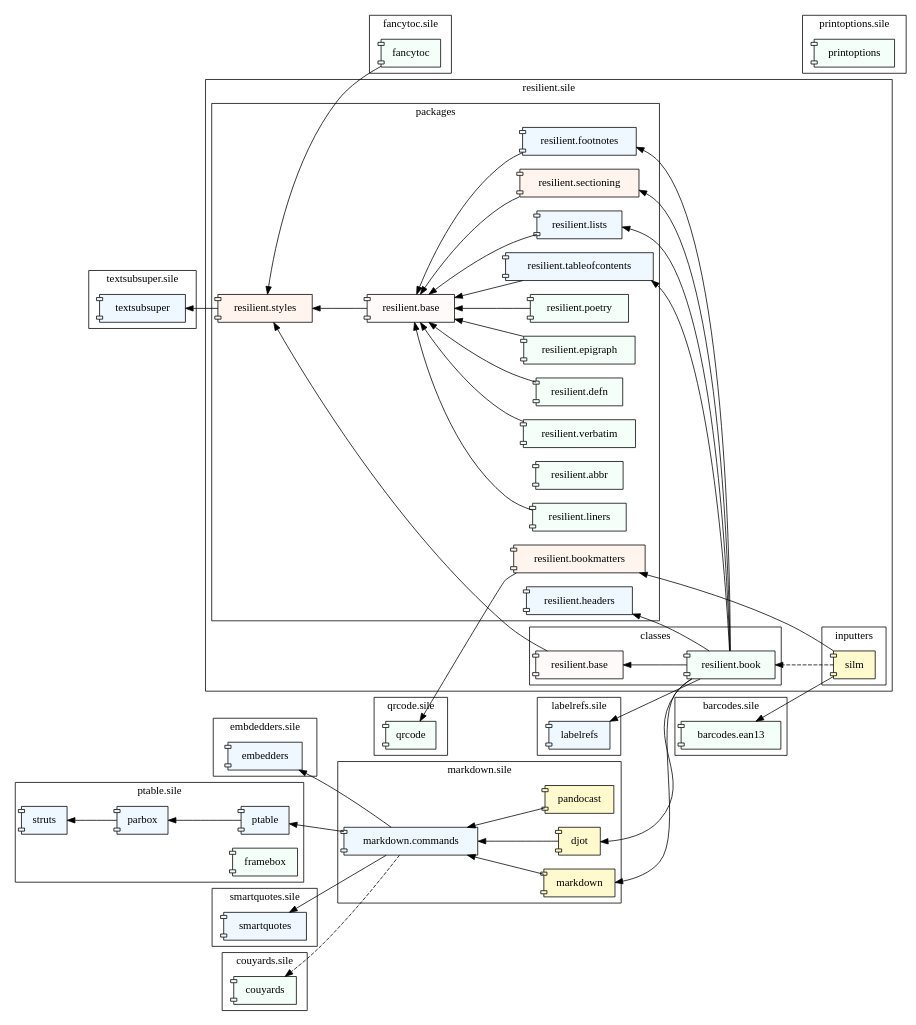
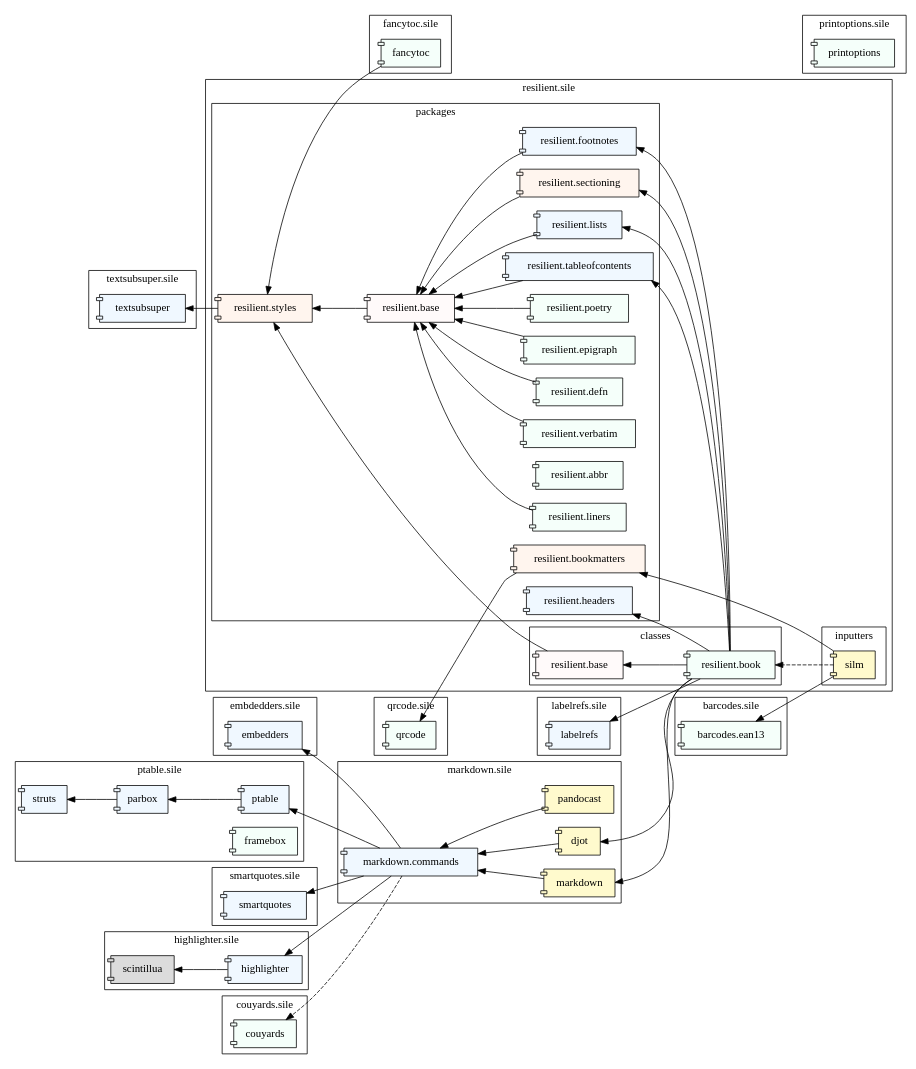
The diagram in examples/resilient-ecosystem.dot (Omikhleia/resilient.sile), drawn with Graphviz before and after one commit.

Commit message:
docs: Add highlighter.sile to the resilient ecosystem diagram

```diff
--- a/examples/resilient-ecosystem.dot
+++ b/examples/resilient-ecosystem.dot
@@ -1,156 +1,166 @@
 digraph omikhleia {
   rankdir=RL;
 
   subgraph cluster_embedders {
     label = "embdedders.sile";
 
     embedders [shape=component,style=filled,fillcolor=aliceblue]
   }
 
   subgraph cluster_ptable {
     label = "ptable.sile";
 
     ptable [shape=component,style=filled,fillcolor=aliceblue]
     parbox [shape=component,style=filled,fillcolor=aliceblue]
     struts [shape=component,style=filled,fillcolor=aliceblue]
 
     framebox [shape=component,style=filled,fillcolor=mintcream]
 
     ptable -> parbox
     parbox -> struts
   }
 
   subgraph cluster_textsubsuper {
     label = "textsubsuper.sile";
 
     textsubsuper [shape=component,style=filled,fillcolor=aliceblue]
   }
   subgraph cluster_qrcode {
     label = "qrcode.sile";
 
     qrcode [shape=component,style=filled,fillcolor=mintcream]
   }
 
   subgraph cluster_labelrefs {
     label = "labelrefs.sile";
 
     labelrefs [shape=component,style=filled,fillcolor=aliceblue]
   }
 
   subgraph cluster_resilient {
     label = "resilient.sile";
 
     subgraph cluster_resilient_cls {
       label = "classes";
 
       cbase [shape=component,style=filled,fillcolor=snow,label="resilient.base"]
       book [shape=component,style=filled,fillcolor=mintcream,label="resilient.book"]
 
       book -> cbase
     }
     subgraph cluster_resilient_pkg {
       label = "packages";
 
       pbase [shape=component,style=filled,fillcolor=snow,label="resilient.base"]
 
       tableofcontents [shape=component,style=filled,fillcolor=aliceblue,label="resilient.tableofcontents"]
       footnotes [shape=component,style=filled,fillcolor=aliceblue,label="resilient.footnotes"]
       headers [shape=component,style=filled,fillcolor=aliceblue,label="resilient.headers"]
 
       sectioning [shape=component,style=filled,fillcolor=seashell,label="resilient.sectioning"]
       styles [shape=component,style=filled,fillcolor=seashell,label="resilient.styles"]
       bookmatters [shape=component,style=filled,fillcolor=seashell,label="resilient.bookmatters"]
 
       lists [shape=component,style=filled,fillcolor=aliceblue,label="resilient.lists"]
 
       poetry [shape=component,style=filled,fillcolor=mintcream,label="resilient.poetry"]
       epigraph [shape=component,style=filled,fillcolor=mintcream,label="resilient.epigraph"]
       abbr [shape=component,style=filled,fillcolor=mintcream,label="resilient.abbr"]
       defn [shape=component,style=filled,fillcolor=mintcream,label="resilient.defn"]
       verbatim [shape=component,style=filled,fillcolor=mintcream,label="resilient.verbatim"]
       liners [shape=component,style=filled,fillcolor=mintcream,label="resilient.liners"]
 
       cbase -> styles
       pbase -> styles
       styles -> textsubsuper
       bookmatters -> qrcode
 
       book -> tableofcontents
       book -> footnotes
       book -> headers
       book -> sectioning
       book -> labelrefs
       book -> lists
 
       epigraph -> pbase
       footnotes -> pbase
       lists -> pbase
       poetry -> pbase
       sectioning -> pbase
       tableofcontents -> pbase
       defn -> pbase
       verbatim -> pbase
       liners -> pbase
     }
     subgraph cluster_resilient_ins {
       label = "inputters";
 
       silm [shape=component,style=filled,fillcolor=lemonchiffon,label="silm"]
       silm -> book [style=dashed]
       silm -> bookmatters
     }
 
   }
 
   subgraph cluster_smartquotes {
     label = "smartquotes.sile";
 
     smartquotes [shape=component,style=filled,fillcolor=aliceblue]
   }
 
+  subgraph cluster_highlighter {
+    label = "highlighter.sile";
+
+    highlighter [shape=component,style=filled,fillcolor=aliceblue]
+    scintillua [shape=component,style=filled,fillcolor=gainsboro,label="scintillua"]
+
+    highlighter -> scintillua
+  }
+
   subgraph cluster_markdown {
     label = "markdown.sile";
 
     markdown [shape=component,style=filled,fillcolor=lemonchiffon]
     djot [shape=component,style=filled,fillcolor=lemonchiffon]
     pandocast [shape=component,style=filled,fillcolor=lemonchiffon]
     markcmd [shape=component,style=filled,fillcolor=aliceblue,label="markdown.commands"]
 
     markdown -> markcmd
     djot -> markcmd
     pandocast -> markcmd
 
     book -> markdown
     book -> djot
     markcmd -> ptable
     markcmd -> embedders
     markcmd -> smartquotes
+    markcmd -> highlighter
   }
 
   subgraph cluster_fancytoc {
     label = "fancytoc.sile";
 
     fancytoc [shape=component,style=filled,fillcolor=mintcream]
     fancytoc -> styles
   }
 
   subgraph cluster_couyards {
     label = "couyards.sile";
 
     couyards [shape=component,style=filled,fillcolor=mintcream]
     markcmd -> couyards [style=dashed]
   }
 
   subgraph cluster_barcodes {
     label = "barcodes.sile";
 
     barcodes [shape=component,style=filled,fillcolor=mintcream,label="barcodes.ean13"]
   }
 
 subgraph cluster_printoptions {
     label = "printoptions.sile";
 
     printoptions [shape=component,style=filled,fillcolor=mintcream]
     silm -> barcodes
   }
 }
```
